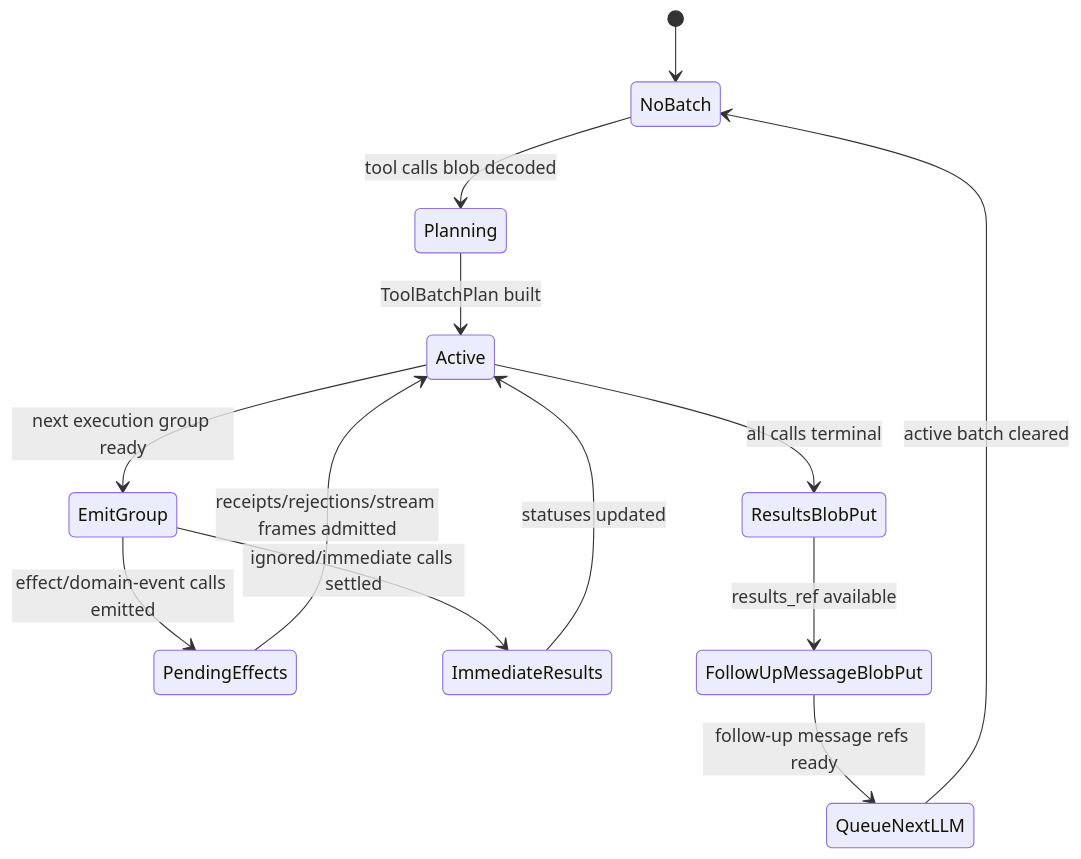
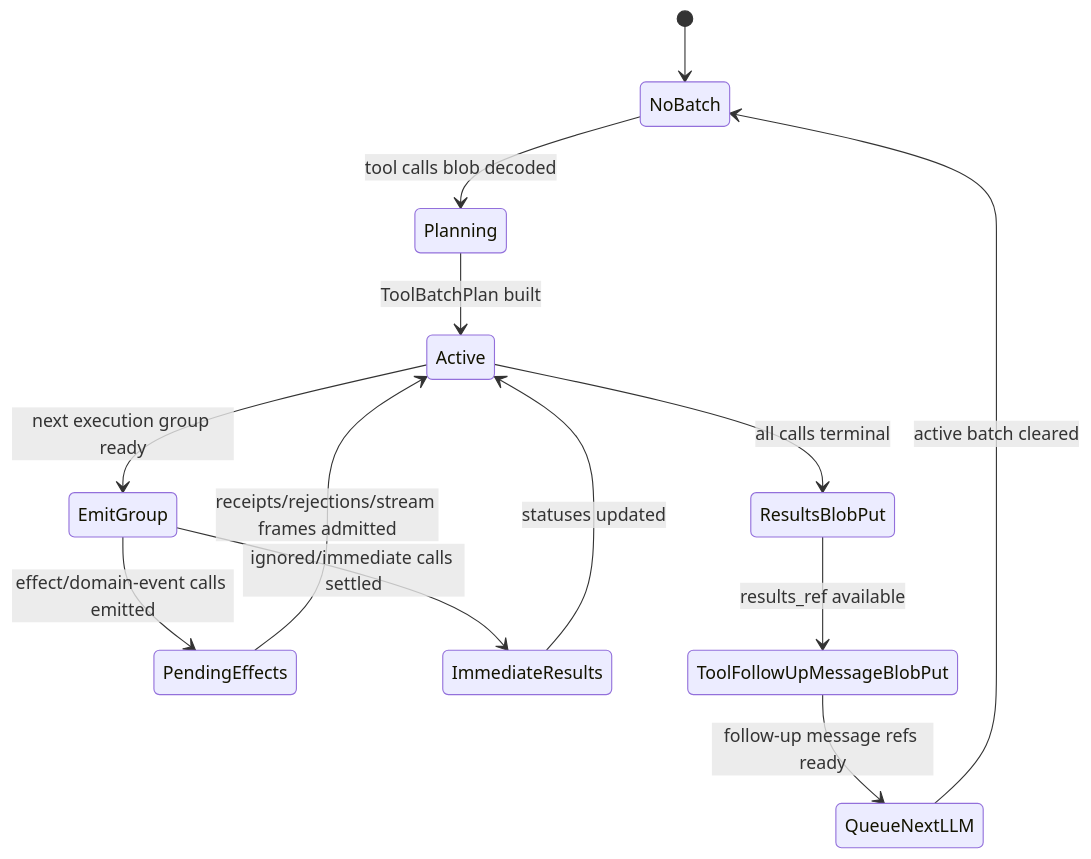
Diagram 12 of 22 in roadmap/v0.30-agent/visual-guide.md (smartcomputer-ai/agent-os), drawn with Mermaid before and after one commit. The commit also changed other lines of this file and 15 other files, not shown here.

````diff
--- a/roadmap/v0.30-agent/visual-guide.md
+++ b/roadmap/v0.30-agent/visual-guide.md
@@ -850,19 +850,19 @@
 ```mermaid
 stateDiagram-v2
   [*] --> NoBatch
 
   NoBatch --> Planning: tool calls blob decoded
   Planning --> Active: ToolBatchPlan built
 
   Active --> EmitGroup: next execution group ready
   EmitGroup --> PendingEffects: effect/domain-event calls emitted
   EmitGroup --> ImmediateResults: ignored/immediate calls settled
 
   PendingEffects --> Active: receipts/rejections/stream frames admitted
   ImmediateResults --> Active: statuses updated
 
   Active --> ResultsBlobPut: all calls terminal
-  ResultsBlobPut --> FollowUpMessageBlobPut: results_ref available
-  FollowUpMessageBlobPut --> QueueNextLLM: follow-up message refs ready
+  ResultsBlobPut --> ToolFollowUpMessageBlobPut: results_ref available
+  ToolFollowUpMessageBlobPut --> QueueNextLLM: follow-up message refs ready
   QueueNextLLM --> NoBatch: active batch cleared
 ```
````
